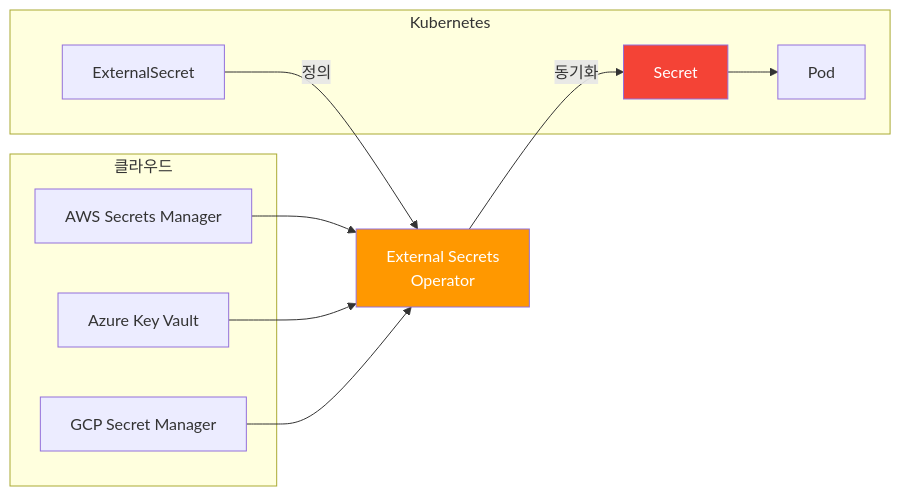
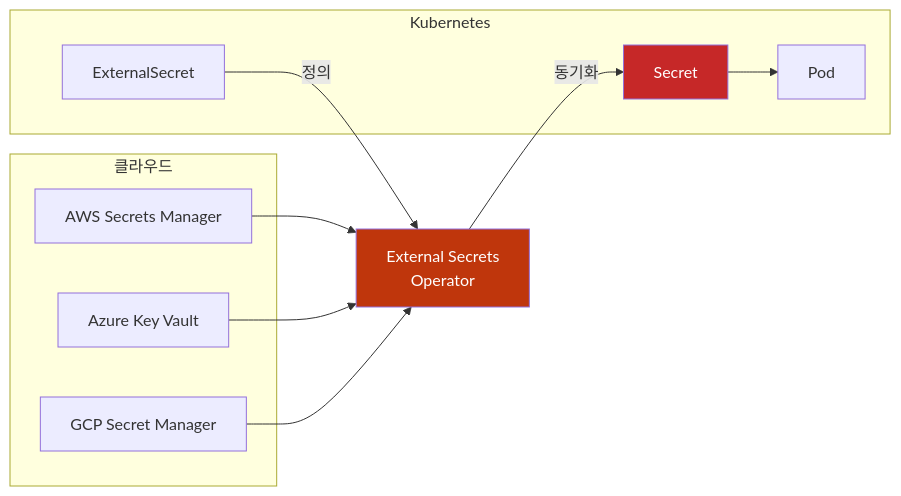
One commit to sskim91/TIL changed the second of 5 diagrams in kubernetes/Kubernetes-ConfigMap-Secret.md. Above: the diagram before and after it, drawn with Mermaid. The commit also changed other lines of this file and 39 other files, not shown here.

````diff
--- a/kubernetes/Kubernetes-ConfigMap-Secret.md
+++ b/kubernetes/Kubernetes-ConfigMap-Secret.md
@@ -598,26 +290,26 @@
 ```mermaid
 flowchart LR
     subgraph "클라우드"
         AWS[AWS Secrets Manager]
         AKV[Azure Key Vault]
         GSM[GCP Secret Manager]
     end
 
     ESO[External Secrets<br>Operator]
 
     subgraph "Kubernetes"
         ES[ExternalSecret]
         SEC[Secret]
         POD[Pod]
     end
 
     AWS --> ESO
     AKV --> ESO
     GSM --> ESO
     ESO --> |"동기화"| SEC
     ES --> |"정의"| ESO
     SEC --> POD
 
-    style ESO fill:#FF9800,color:#fff
-    style SEC fill:#f44336,color:#fff
+    style ESO fill:#BF360C,color:#fff
+    style SEC fill:#C62828,color:#fff
 ```
````
